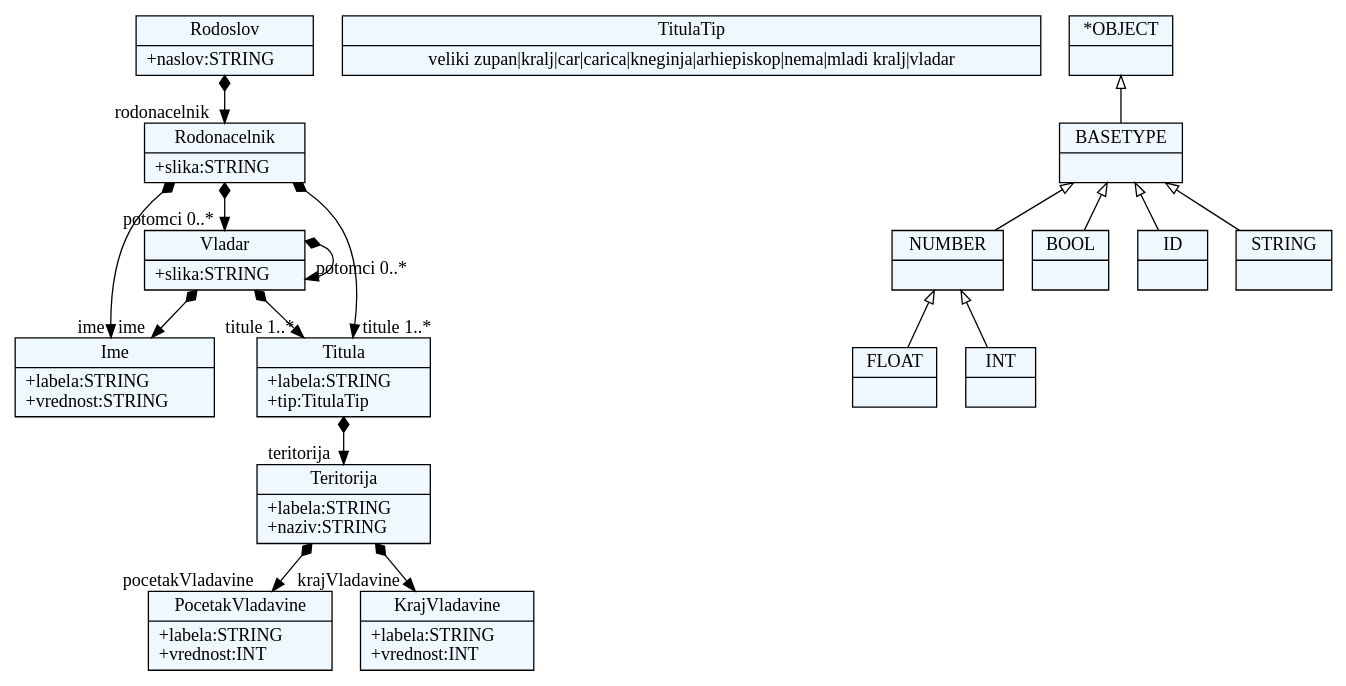
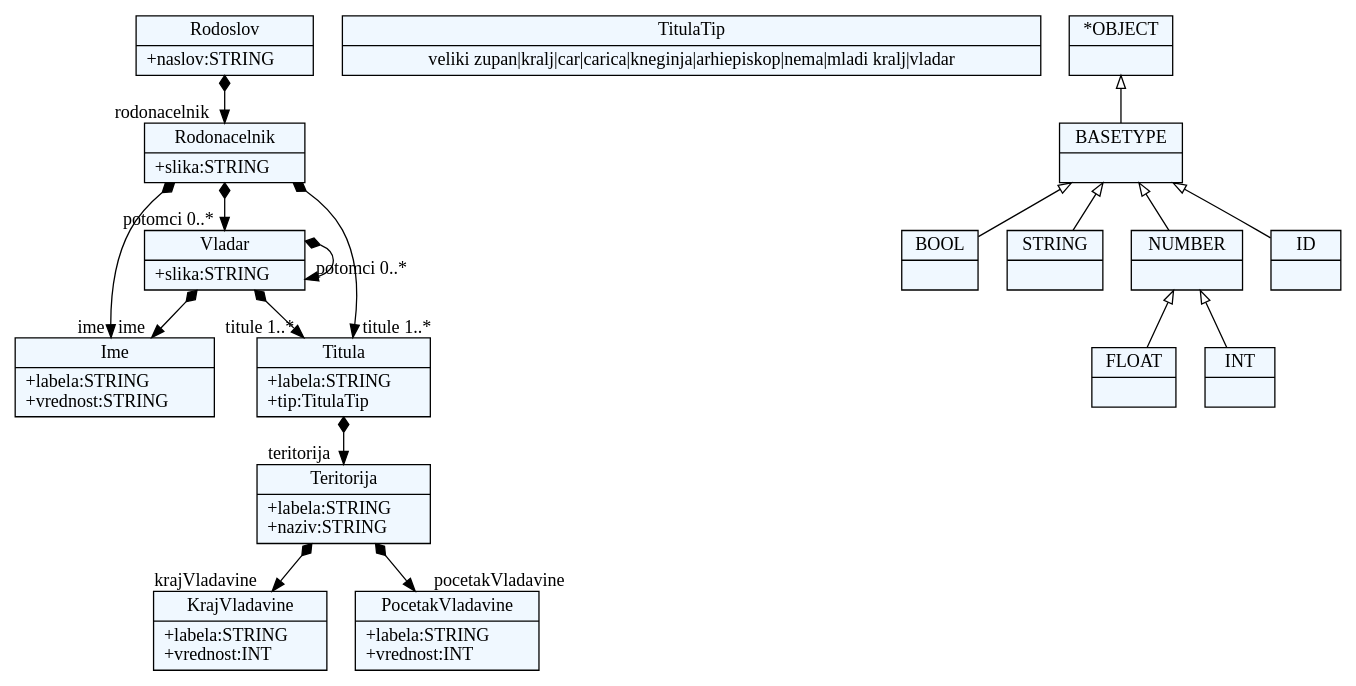
The diagram in Projekat/forms/forms.dot (milenaL9/JSD_2017), drawn with Graphviz before and after one commit. The commit also changed 5 other files, not shown here.

```diff
--- a/Projekat/forms/forms.dot
+++ b/Projekat/forms/forms.dot
@@ -1,66 +1,66 @@
 
     digraph xtext {
     fontname = "Bitstream Vera Sans"
     fontsize = 8
     node[
         shape=record,
         style=filled,
         fillcolor=aliceblue
     ]
     nodesep = 0.3
     edge[dir=black,arrowtail=empty]
 
 
-51975912[ label="{PocetakVladavine|+labela:STRING\l+vrednost:INT\l}"]
+20931240 -> 20922744[arrowtail=diamond, dir=both, headlabel="rodonacelnik "]
+20931240[ label="{Rodoslov|+naslov:STRING\l}"]
 
-51964584[ label="{Ime|+labela:STRING\l+vrednost:STRING\l}"]
+52700536[ label="{KrajVladavine|+labela:STRING\l+vrednost:INT\l}"]
 
-51961752 -> 51964584[arrowtail=diamond, dir=both, headlabel="ime "]
-51961752 -> 51967416[arrowtail=diamond, dir=both, headlabel="titule 1..*"]
-51961752 -> 51961752[arrowtail=diamond, dir=both, headlabel="potomci 0..*"]
-51961752[ label="{Vladar|+slika:STRING\l}"]
+20922744 -> 20941624[arrowtail=diamond, dir=both, headlabel="ime "]
+20922744 -> 52698648[arrowtail=diamond, dir=both, headlabel="titule 1..*"]
+20922744 -> 20938792[arrowtail=diamond, dir=both, headlabel="potomci 0..*"]
+20922744[ label="{Rodonacelnik|+slika:STRING\l}"]
 
-51953256 -> 51944760[arrowtail=diamond, dir=both, headlabel="rodonacelnik "]
-51953256[ label="{Rodoslov|+naslov:STRING\l}"]
+52704312 -> 52707144[arrowtail=diamond, dir=both, headlabel="pocetakVladavine "]
+52704312 -> 52700536[arrowtail=diamond, dir=both, headlabel="krajVladavine "]
+52704312[ label="{Teritorija|+labela:STRING\l+naziv:STRING\l}"]
 
-51967416 -> 51973080[arrowtail=diamond, dir=both, headlabel="teritorija "]
-51967416[ label="{Titula|+labela:STRING\l+tip:TitulaTip\l}"]
+52701480[ label="{TitulaTip|veliki zupan\|kralj\|car\|carica\|kneginja\|arhiepiskop\|nema\|mladi kralj\|vladar}"]
 
-51944760 -> 51964584[arrowtail=diamond, dir=both, headlabel="ime "]
-51944760 -> 51967416[arrowtail=diamond, dir=both, headlabel="titule 1..*"]
-51944760 -> 51961752[arrowtail=diamond, dir=both, headlabel="potomci 0..*"]
-51944760[ label="{Rodonacelnik|+slika:STRING\l}"]
+20941624[ label="{Ime|+labela:STRING\l+vrednost:STRING\l}"]
 
-51969304[ label="{KrajVladavine|+labela:STRING\l+vrednost:INT\l}"]
+52698648 -> 52704312[arrowtail=diamond, dir=both, headlabel="teritorija "]
+52698648[ label="{Titula|+labela:STRING\l+tip:TitulaTip\l}"]
 
-51970248[ label="{TitulaTip|veliki zupan\|kralj\|car\|carica\|kneginja\|arhiepiskop\|nema\|mladi kralj\|vladar}"]
+52707144[ label="{PocetakVladavine|+labela:STRING\l+vrednost:INT\l}"]
 
-51973080 -> 51975912[arrowtail=diamond, dir=both, headlabel="pocetakVladavine "]
-51973080 -> 51969304[arrowtail=diamond, dir=both, headlabel="krajVladavine "]
-51973080[ label="{Teritorija|+labela:STRING\l+naziv:STRING\l}"]
+20938792 -> 20941624[arrowtail=diamond, dir=both, headlabel="ime "]
+20938792 -> 52698648[arrowtail=diamond, dir=both, headlabel="titule 1..*"]
+20938792 -> 20938792[arrowtail=diamond, dir=both, headlabel="potomci 0..*"]
+20938792[ label="{Vladar|+slika:STRING\l}"]
 
-51957032[ label="{BASETYPE|}"]
-51957032 -> 51954200 [dir=back]
-51957032 -> 51945704 [dir=back]
-51957032 -> 51940040 [dir=back]
-51957032 -> 51942872 [dir=back]
+20929352[ label="{FLOAT|}"]
 
-51951368[ label="{FLOAT|}"]
+20937848[ label="{*OBJECT|}"]
+20937848 -> 20935016 [dir=back]
 
-51959864[ label="{*OBJECT|}"]
-51959864 -> 51957032 [dir=back]
+20923688[ label="{BOOL|}"]
 
-51945704[ label="{BOOL|}"]
+20926520[ label="{INT|}"]
 
-51948536[ label="{INT|}"]
+20920856[ label="{STRING|}"]
 
-51954200[ label="{NUMBER|}"]
-51954200 -> 51951368 [dir=back]
-51954200 -> 51948536 [dir=back]
+20935016[ label="{BASETYPE|}"]
+20935016 -> 20932184 [dir=back]
+20935016 -> 20923688 [dir=back]
+20935016 -> 20918024 [dir=back]
+20935016 -> 20920856 [dir=back]
 
-51940040[ label="{ID|}"]
+20932184[ label="{NUMBER|}"]
+20932184 -> 20929352 [dir=back]
+20932184 -> 20926520 [dir=back]
 
-51942872[ label="{STRING|}"]
+20918024[ label="{ID|}"]
 
 
 }
```
